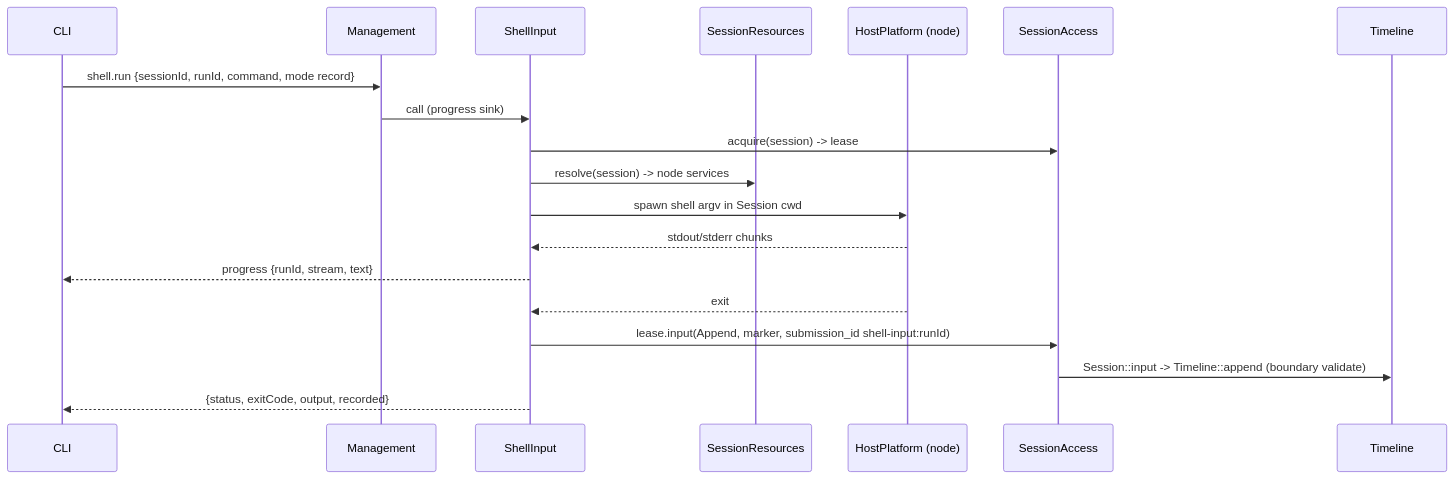
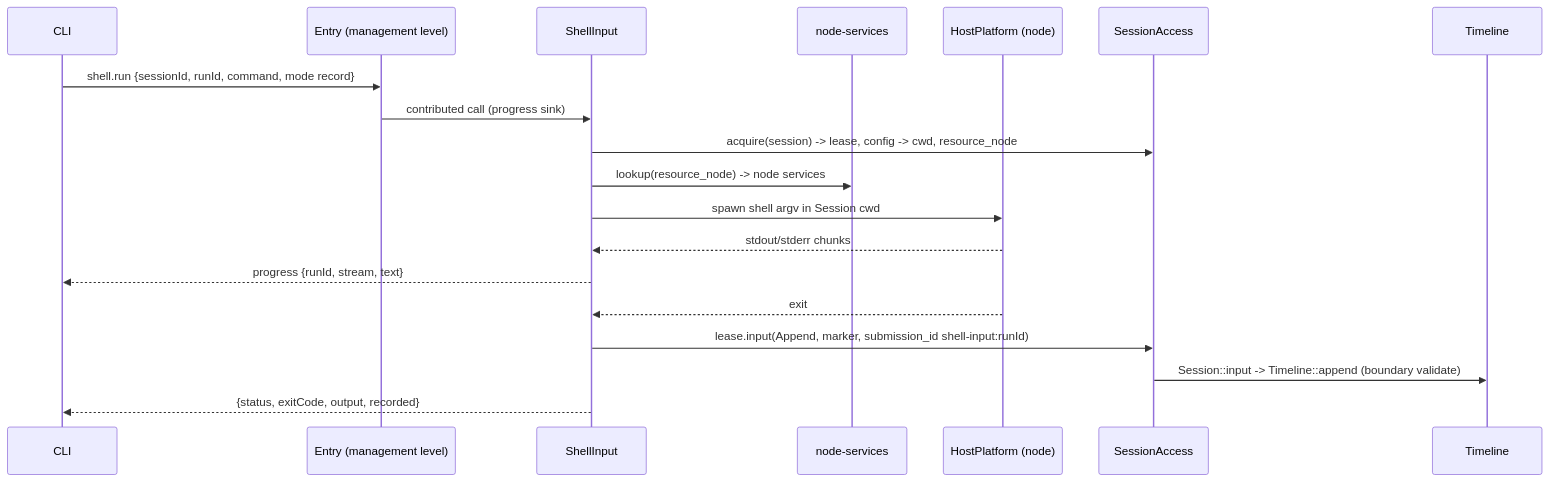
One commit to CoutinhoTTS/dim-agent changed the third of 6 diagrams in docs/design/plugins/ShellInput.md. Above: the diagram before and after it, drawn with Mermaid. The commit also changed other lines of this file and 3 other files, not shown here.

````diff
--- a/docs/design/plugins/ShellInput.md
+++ b/docs/design/plugins/ShellInput.md
@@ -77,21 +78,21 @@
 ```mermaid
 sequenceDiagram
   participant C as CLI
-  participant M as Management
+  participant M as Entry (management level)
   participant SI as ShellInput
-  participant SR as SessionResources
+  participant NS as node-services
   participant HP as HostPlatform (node)
   participant SA as SessionAccess
   participant TL as Timeline
   C->>M: shell.run {sessionId, runId, command, mode record}
-  M->>SI: call (progress sink)
-  SI->>SA: acquire(session) -> lease
-  SI->>SR: resolve(session) -> node services
+  M->>SI: contributed call (progress sink)
+  SI->>SA: acquire(session) -> lease, config -> cwd, resource_node
+  SI->>NS: lookup(resource_node) -> node services
   SI->>HP: spawn shell argv in Session cwd
   HP-->>SI: stdout/stderr chunks
   SI-->>C: progress {runId, stream, text}
   HP-->>SI: exit
   SI->>SA: lease.input(Append, marker, submission_id shell-input:runId)
   SA->>TL: Session::input -> Timeline::append (boundary validate)
   SI-->>C: {status, exitCode, output, recorded}
 ```
````
